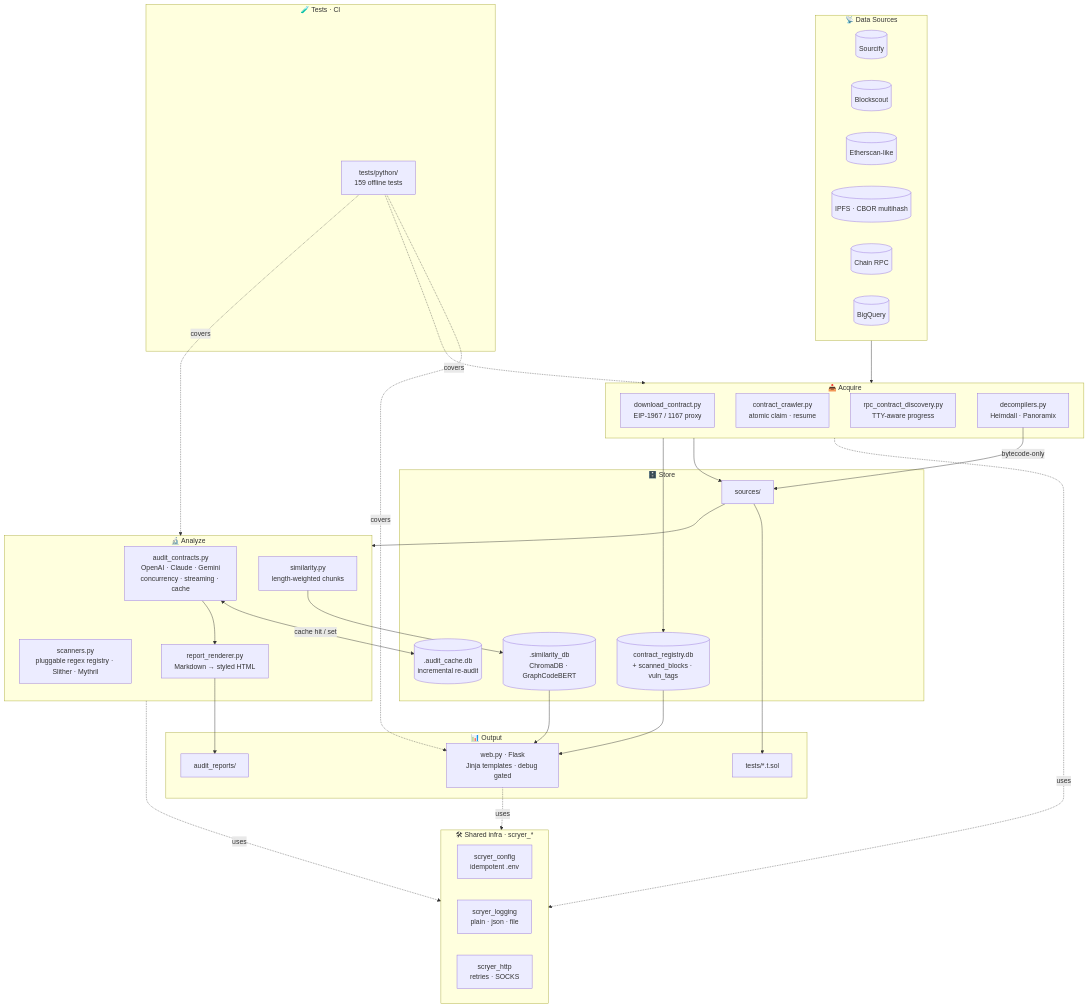
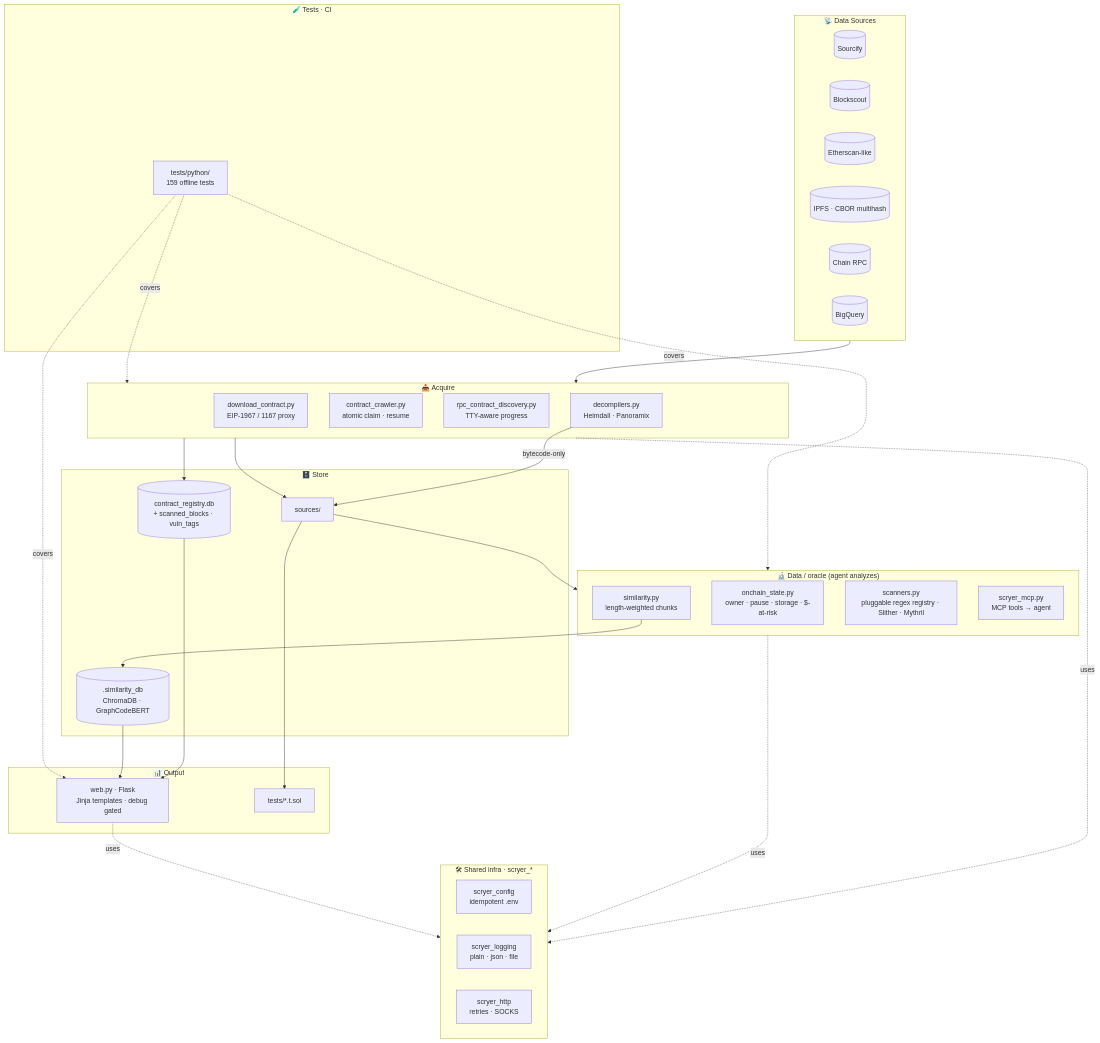
One commit to Champollion9012/scryer changed the diagram in README.md. Above: the diagram before and after it, drawn with Mermaid. The commit also changed other lines of this file and 12 other files, not shown here.

First line of the commit message:
refactor(scope): remove the LLM audit subsystem — scryer is a data/oracle toolkit

````diff
--- a/README.md
+++ b/README.md
@@ -30,67 +30,62 @@
 ```mermaid
 flowchart TB
     subgraph Sources["📡 Data Sources"]
         Sourcify[(Sourcify)]
         Blockscout[(Blockscout)]
         Etherscan[(Etherscan-like)]
         IPFS[(IPFS · CBOR multihash)]
         RPC[(Chain RPC)]
         BQ[(BigQuery)]
     end
 
     subgraph Infra["🛠 Shared infra · scryer_*"]
         Cfg[scryer_config<br/>idempotent .env]
         Log[scryer_logging<br/>plain · json · file]
         HTTP[scryer_http<br/>retries · SOCKS]
     end
 
     subgraph Acquire["📥 Acquire"]
         Downloader[download_contract.py<br/>EIP-1967 / 1167 proxy]
         Crawler["contract_crawler.py<br/>atomic claim · resume"]
         RPCDiscover["rpc_contract_discovery.py<br/>TTY-aware progress"]
         Decompiler["decompilers.py<br/>Heimdall · Panoramix"]
     end
 
     subgraph Store["🗄️ Store"]
         SrcDir[sources/]
         Registry[(contract_registry.db<br/>+ scanned_blocks · vuln_tags)]
         VectorDB[(.similarity_db<br/>ChromaDB · GraphCodeBERT)]
-        AuditCache[(.audit_cache.db<br/>incremental re-audit)]
     end
 
-    subgraph Analyze["🔬 Analyze"]
-        Audit["audit_contracts.py<br/>OpenAI · Claude · Gemini<br/>concurrency · streaming · cache"]
+    subgraph Analyze["🔬 Data / oracle (agent analyzes)"]
+        State["onchain_state.py<br/>owner · pause · storage · $-at-risk"]
         Sim["similarity.py<br/>length-weighted chunks"]
         Scan["scanners.py<br/>pluggable regex registry · Slither · Mythril"]
-        Render["report_renderer.py<br/>Markdown → styled HTML"]
+        MCP["scryer_mcp.py<br/>MCP tools → agent"]
     end
 
     subgraph Output["📊 Output"]
-        Reports[audit_reports/]
         WebUI["web.py · Flask<br/>Jinja templates · debug gated"]
         Foundry[tests/*.t.sol]
     end
 
     subgraph Tests["🧪 Tests · CI"]
         Pyt["tests/python/<br/>159 offline tests"]
     end
 
     Sources --> Acquire
     Acquire -.uses.-> Infra
     Analyze -.uses.-> Infra
     WebUI -.uses.-> Infra
     Acquire --> SrcDir
     Acquire --> Registry
     Decompiler -->|bytecode-only| SrcDir
     SrcDir --> Analyze
-    Audit <-->|cache hit / set| AuditCache
-    Audit --> Render
-    Render --> Reports
     Sim --> VectorDB
     Registry --> WebUI
     VectorDB --> WebUI
     SrcDir --> Foundry
     Pyt -. covers .-> Acquire
     Pyt -. covers .-> Analyze
     Pyt -. covers .-> WebUI
 ```
````
